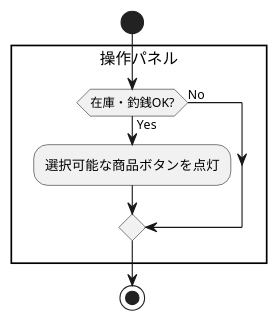
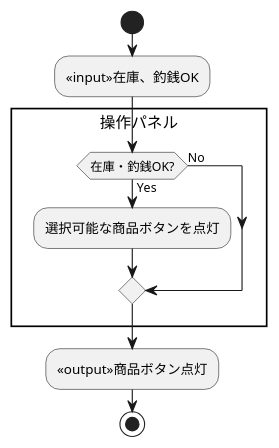
One commit to masaki-kato-119/VendingMachine changed the diagram in アクティビティ図_機能/購入可能な商品ボタンを選択可能にする.wsd. Above: the diagram before and after it, drawn with PlantUML. The commit also changed 11 other files, not shown here.

Commit message:
Add sequence diagrams to verify functionality

```diff
--- a/アクティビティ図_機能/購入可能な商品ボタンを選択可能にする.wsd
+++ b/アクティビティ図_機能/購入可能な商品ボタンを選択可能にする.wsd
@@ -2,10 +2,12 @@
 @startuml
 start
+:<<input>>在庫、釣銭OK;
 rectangle 操作パネル {
   if (在庫・釣銭OK?) then (Yes)      
       :選択可能な商品ボタンを点灯;
   else (No)      
   endif
 }
+:<<output>>商品ボタン点灯;
 stop
 @enduml
```
